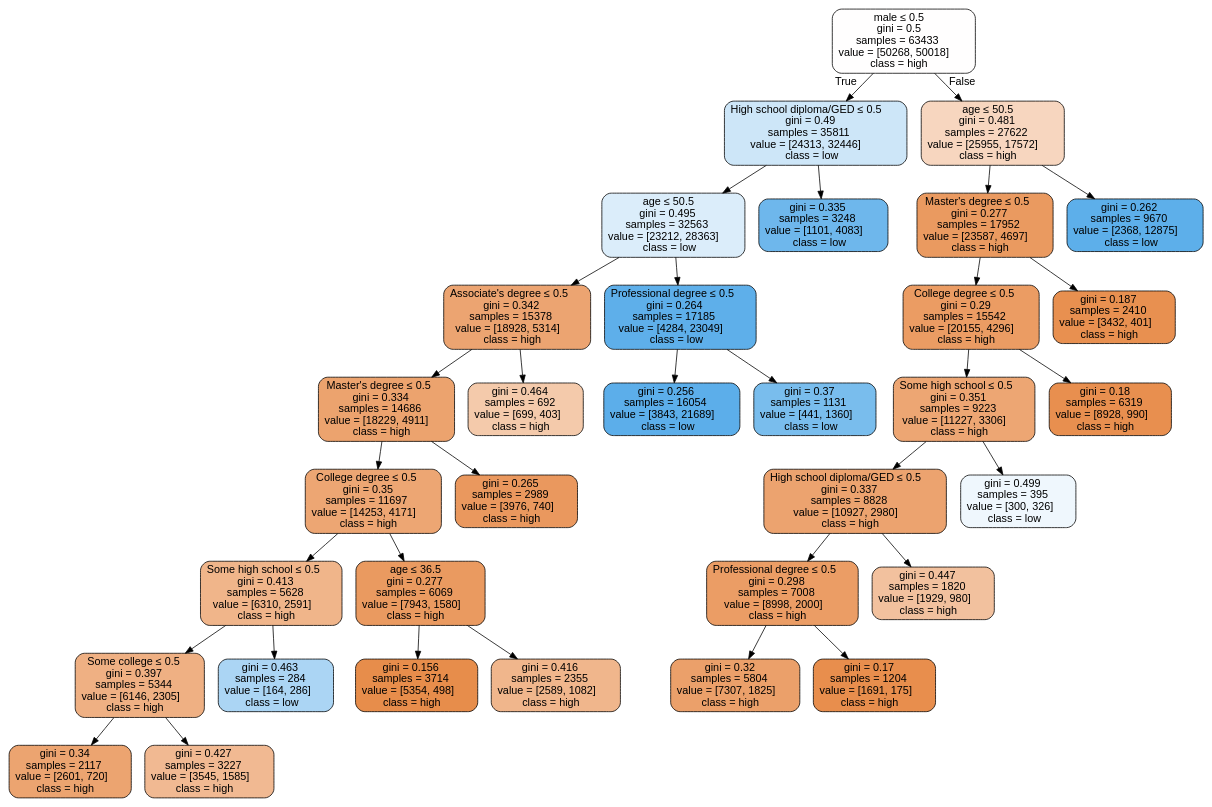
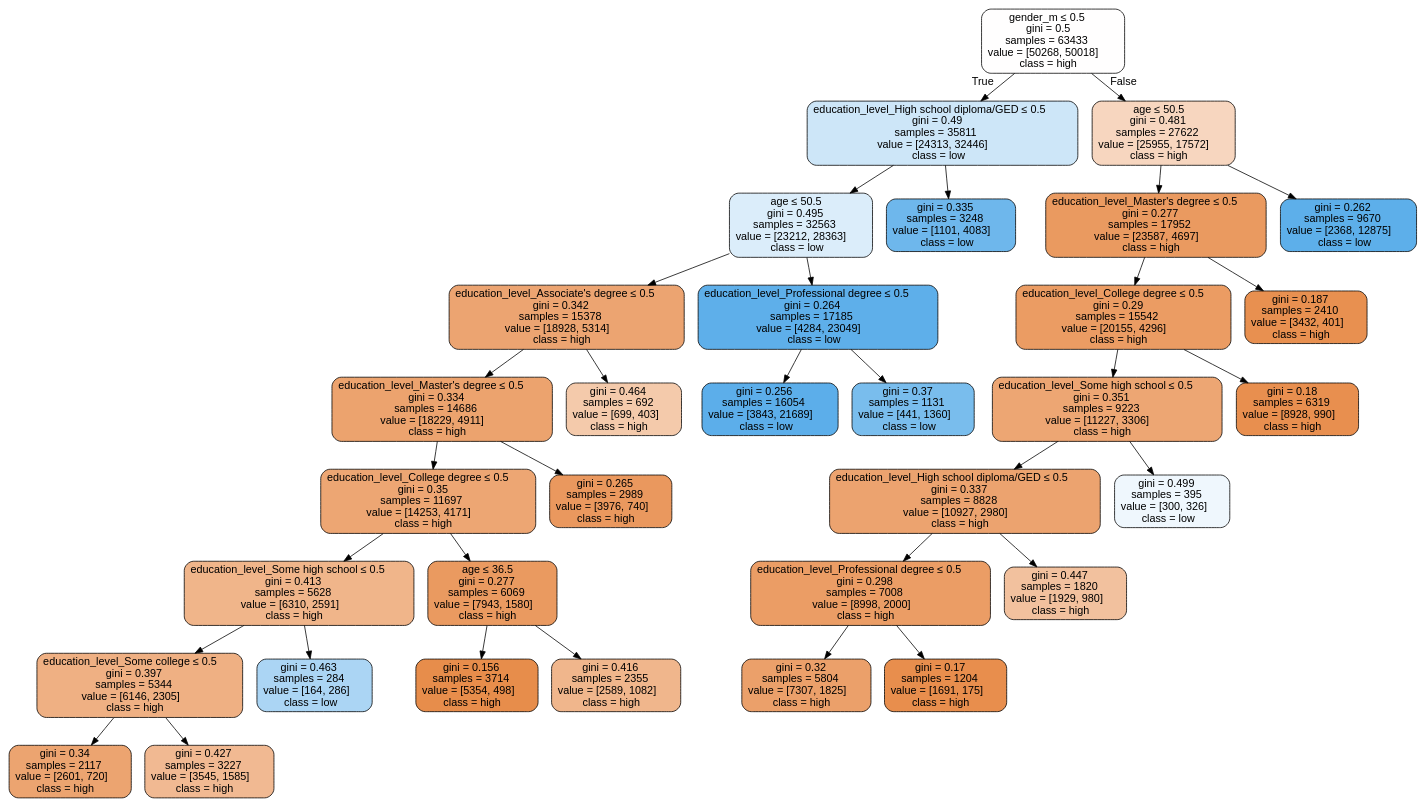
The diagram in figs/tree1.dot (shaangao/cog-pred), drawn with Graphviz before and after one commit. The commit also changed 13 other files, not shown here.

```diff
--- a/figs/tree1.dot
+++ b/figs/tree1.dot
@@ -1,69 +1,69 @@
 digraph Tree {
 node [shape=box, style="filled, rounded", color="black", fontname="helvetica"] ;
 edge [fontname="helvetica"] ;
-0 [label=<male &le; 0.5<br/>gini = 0.5<br/>samples = 63433<br/>value = [50268, 50018]<br/>class = high>, fillcolor="#fffefe"] ;
-1 [label=<High school diploma/GED &le; 0.5<br/>gini = 0.49<br/>samples = 35811<br/>value = [24313, 32446]<br/>class = low>, fillcolor="#cde6f8"] ;
+0 [label=<gender_m &le; 0.5<br/>gini = 0.5<br/>samples = 63433<br/>value = [50268, 50018]<br/>class = high>, fillcolor="#fffefe"] ;
+1 [label=<education_level_High school diploma/GED &le; 0.5<br/>gini = 0.49<br/>samples = 35811<br/>value = [24313, 32446]<br/>class = low>, fillcolor="#cde6f8"] ;
 0 -> 1 [labeldistance=2.5, labelangle=45, headlabel="True"] ;
 5 [label=<age &le; 50.5<br/>gini = 0.495<br/>samples = 32563<br/>value = [23212, 28363]<br/>class = low>, fillcolor="#dbedfa"] ;
 1 -> 5 ;
-7 [label=<Associate's degree &le; 0.5<br/>gini = 0.342<br/>samples = 15378<br/>value = [18928, 5314]<br/>class = high>, fillcolor="#eca471"] ;
+7 [label=<education_level_Associate's degree &le; 0.5<br/>gini = 0.342<br/>samples = 15378<br/>value = [18928, 5314]<br/>class = high>, fillcolor="#eca471"] ;
 5 -> 7 ;
-9 [label=<Master's degree &le; 0.5<br/>gini = 0.334<br/>samples = 14686<br/>value = [18229, 4911]<br/>class = high>, fillcolor="#eca36e"] ;
+9 [label=<education_level_Master's degree &le; 0.5<br/>gini = 0.334<br/>samples = 14686<br/>value = [18229, 4911]<br/>class = high>, fillcolor="#eca36e"] ;
 7 -> 9 ;
-11 [label=<College degree &le; 0.5<br/>gini = 0.35<br/>samples = 11697<br/>value = [14253, 4171]<br/>class = high>, fillcolor="#eda673"] ;
+11 [label=<education_level_College degree &le; 0.5<br/>gini = 0.35<br/>samples = 11697<br/>value = [14253, 4171]<br/>class = high>, fillcolor="#eda673"] ;
 9 -> 11 ;
-13 [label=<Some high school &le; 0.5<br/>gini = 0.413<br/>samples = 5628<br/>value = [6310, 2591]<br/>class = high>, fillcolor="#f0b58a"] ;
+13 [label=<education_level_Some high school &le; 0.5<br/>gini = 0.413<br/>samples = 5628<br/>value = [6310, 2591]<br/>class = high>, fillcolor="#f0b58a"] ;
 11 -> 13 ;
-17 [label=<Some college &le; 0.5<br/>gini = 0.397<br/>samples = 5344<br/>value = [6146, 2305]<br/>class = high>, fillcolor="#efb083"] ;
+17 [label=<education_level_Some college &le; 0.5<br/>gini = 0.397<br/>samples = 5344<br/>value = [6146, 2305]<br/>class = high>, fillcolor="#efb083"] ;
 13 -> 17 ;
 19 [label=<gini = 0.34<br/>samples = 2117<br/>value = [2601, 720]<br/>class = high>, fillcolor="#eca470"] ;
 17 -> 19 ;
 20 [label=<gini = 0.427<br/>samples = 3227<br/>value = [3545, 1585]<br/>class = high>, fillcolor="#f1b992"] ;
 17 -> 20 ;
 18 [label=<gini = 0.463<br/>samples = 284<br/>value = [164, 286]<br/>class = low>, fillcolor="#abd5f4"] ;
 13 -> 18 ;
 14 [label=<age &le; 36.5<br/>gini = 0.277<br/>samples = 6069<br/>value = [7943, 1580]<br/>class = high>, fillcolor="#ea9a60"] ;
 11 -> 14 ;
 15 [label=<gini = 0.156<br/>samples = 3714<br/>value = [5354, 498]<br/>class = high>, fillcolor="#e78d4b"] ;
 14 -> 15 ;
 16 [label=<gini = 0.416<br/>samples = 2355<br/>value = [2589, 1082]<br/>class = high>, fillcolor="#f0b68c"] ;
 14 -> 16 ;
 12 [label=<gini = 0.265<br/>samples = 2989<br/>value = [3976, 740]<br/>class = high>, fillcolor="#ea985e"] ;
 9 -> 12 ;
 10 [label=<gini = 0.464<br/>samples = 692<br/>value = [699, 403]<br/>class = high>, fillcolor="#f4caab"] ;
 7 -> 10 ;
-8 [label=<Professional degree &le; 0.5<br/>gini = 0.264<br/>samples = 17185<br/>value = [4284, 23049]<br/>class = low>, fillcolor="#5eafea"] ;
+8 [label=<education_level_Professional degree &le; 0.5<br/>gini = 0.264<br/>samples = 17185<br/>value = [4284, 23049]<br/>class = low>, fillcolor="#5eafea"] ;
 5 -> 8 ;
 31 [label=<gini = 0.256<br/>samples = 16054<br/>value = [3843, 21689]<br/>class = low>, fillcolor="#5caeea"] ;
 8 -> 31 ;
 32 [label=<gini = 0.37<br/>samples = 1131<br/>value = [441, 1360]<br/>class = low>, fillcolor="#79bded"] ;
 8 -> 32 ;
 6 [label=<gini = 0.335<br/>samples = 3248<br/>value = [1101, 4083]<br/>class = low>, fillcolor="#6eb7ec"] ;
 1 -> 6 ;
 2 [label=<age &le; 50.5<br/>gini = 0.481<br/>samples = 27622<br/>value = [25955, 17572]<br/>class = high>, fillcolor="#f7d6bf"] ;
 0 -> 2 [labeldistance=2.5, labelangle=-45, headlabel="False"] ;
-3 [label=<Master's degree &le; 0.5<br/>gini = 0.277<br/>samples = 17952<br/>value = [23587, 4697]<br/>class = high>, fillcolor="#ea9a60"] ;
+3 [label=<education_level_Master's degree &le; 0.5<br/>gini = 0.277<br/>samples = 17952<br/>value = [23587, 4697]<br/>class = high>, fillcolor="#ea9a60"] ;
 2 -> 3 ;
-21 [label=<College degree &le; 0.5<br/>gini = 0.29<br/>samples = 15542<br/>value = [20155, 4296]<br/>class = high>, fillcolor="#eb9c63"] ;
+21 [label=<education_level_College degree &le; 0.5<br/>gini = 0.29<br/>samples = 15542<br/>value = [20155, 4296]<br/>class = high>, fillcolor="#eb9c63"] ;
 3 -> 21 ;
-23 [label=<Some high school &le; 0.5<br/>gini = 0.351<br/>samples = 9223<br/>value = [11227, 3306]<br/>class = high>, fillcolor="#eda673"] ;
+23 [label=<education_level_Some high school &le; 0.5<br/>gini = 0.351<br/>samples = 9223<br/>value = [11227, 3306]<br/>class = high>, fillcolor="#eda673"] ;
 21 -> 23 ;
-25 [label=<High school diploma/GED &le; 0.5<br/>gini = 0.337<br/>samples = 8828<br/>value = [10927, 2980]<br/>class = high>, fillcolor="#eca36f"] ;
+25 [label=<education_level_High school diploma/GED &le; 0.5<br/>gini = 0.337<br/>samples = 8828<br/>value = [10927, 2980]<br/>class = high>, fillcolor="#eca36f"] ;
 23 -> 25 ;
-27 [label=<Professional degree &le; 0.5<br/>gini = 0.298<br/>samples = 7008<br/>value = [8998, 2000]<br/>class = high>, fillcolor="#eb9d65"] ;
+27 [label=<education_level_Professional degree &le; 0.5<br/>gini = 0.298<br/>samples = 7008<br/>value = [8998, 2000]<br/>class = high>, fillcolor="#eb9d65"] ;
 25 -> 27 ;
 29 [label=<gini = 0.32<br/>samples = 5804<br/>value = [7307, 1825]<br/>class = high>, fillcolor="#eba06a"] ;
 27 -> 29 ;
 30 [label=<gini = 0.17<br/>samples = 1204<br/>value = [1691, 175]<br/>class = high>, fillcolor="#e88e4d"] ;
 27 -> 30 ;
 28 [label=<gini = 0.447<br/>samples = 1820<br/>value = [1929, 980]<br/>class = high>, fillcolor="#f2c19e"] ;
 25 -> 28 ;
 26 [label=<gini = 0.499<br/>samples = 395<br/>value = [300, 326]<br/>class = low>, fillcolor="#eff7fd"] ;
 23 -> 26 ;
 24 [label=<gini = 0.18<br/>samples = 6319<br/>value = [8928, 990]<br/>class = high>, fillcolor="#e88f4f"] ;
 21 -> 24 ;
 22 [label=<gini = 0.187<br/>samples = 2410<br/>value = [3432, 401]<br/>class = high>, fillcolor="#e89050"] ;
 3 -> 22 ;
 4 [label=<gini = 0.262<br/>samples = 9670<br/>value = [2368, 12875]<br/>class = low>, fillcolor="#5dafea"] ;
 2 -> 4 ;
 }
```
